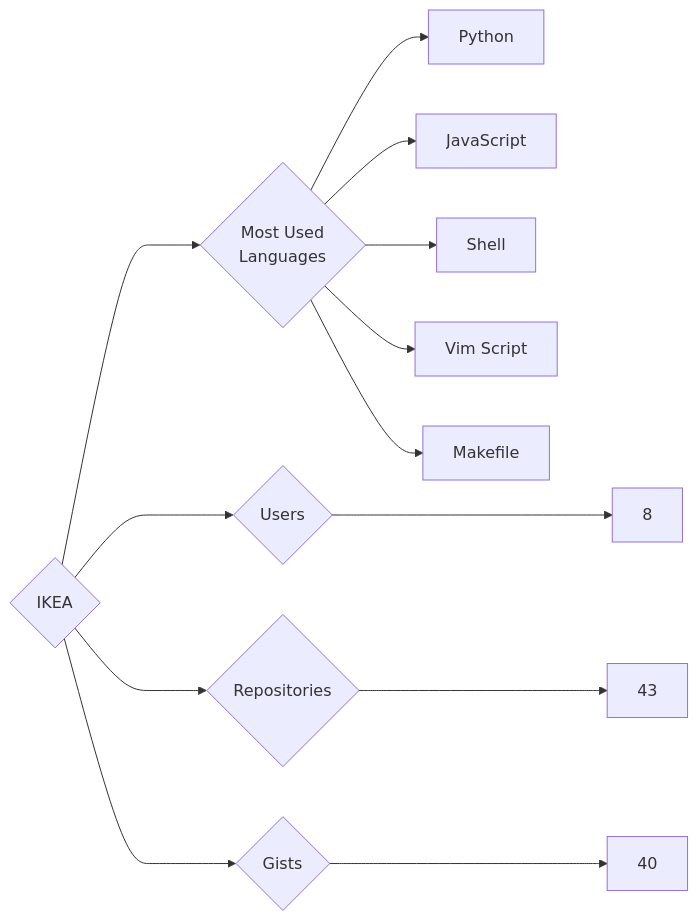
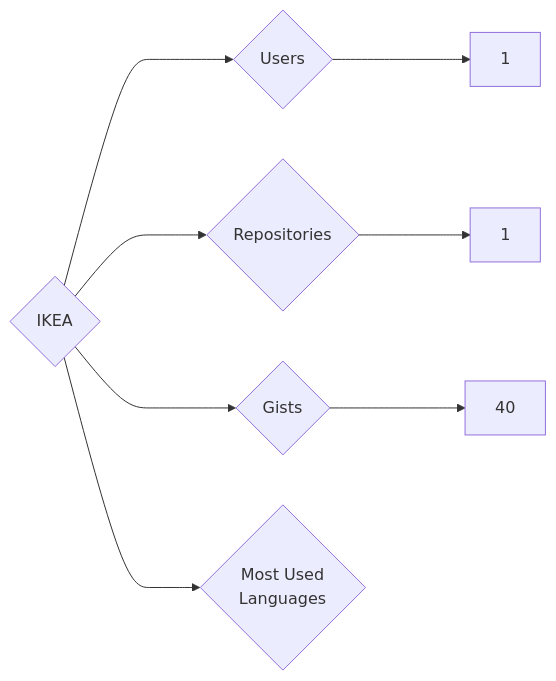
One commit to trickest/insiders changed the diagram in targets/IKEA/README.md. Above: the diagram before and after it, drawn with Mermaid. The commit also changed 1212 other files, not shown here.

````diff
--- a/targets/IKEA/README.md
+++ b/targets/IKEA/README.md
@@ -3,13 +3,8 @@
 ```mermaid
 graph LR
 COMPANY_NAME{IKEA}
-COMPANY_NAME ---> U{Users} ---> UN[8]
-COMPANY_NAME ---> R{Repositories} ---> RN[43]
+COMPANY_NAME ---> U{Users} ---> UN[1]
+COMPANY_NAME ---> R{Repositories} ---> RN[1]
 COMPANY_NAME ---> G{Gists} ---> GN[40]
 COMPANY_NAME ---> ML{Most Used<br>Languages}
-ML --> Python[Python]
-ML --> JavaScript[JavaScript]
-ML --> Shell[Shell]
-ML --> Vim_Script[Vim Script]
-ML --> Makefile[Makefile]
 ```
````
